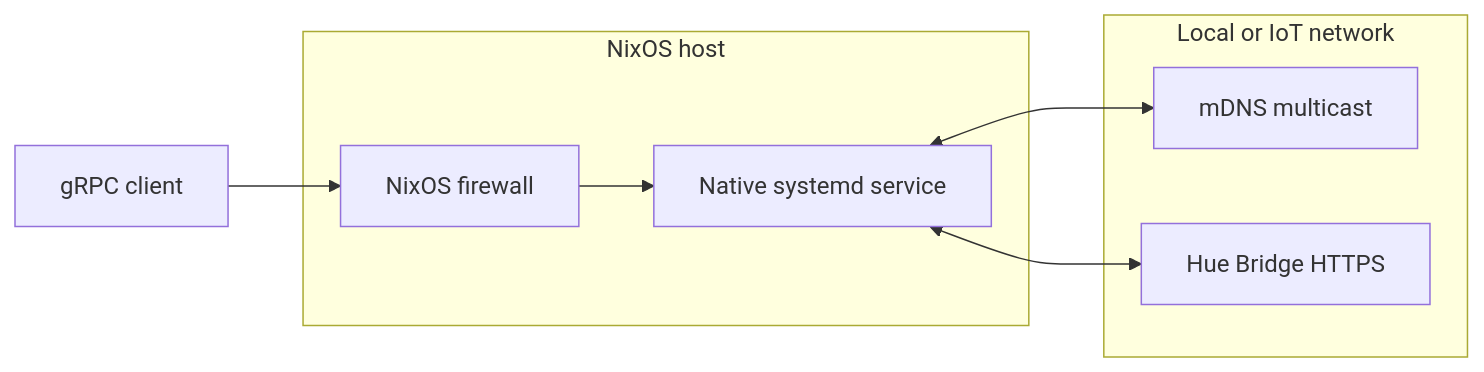
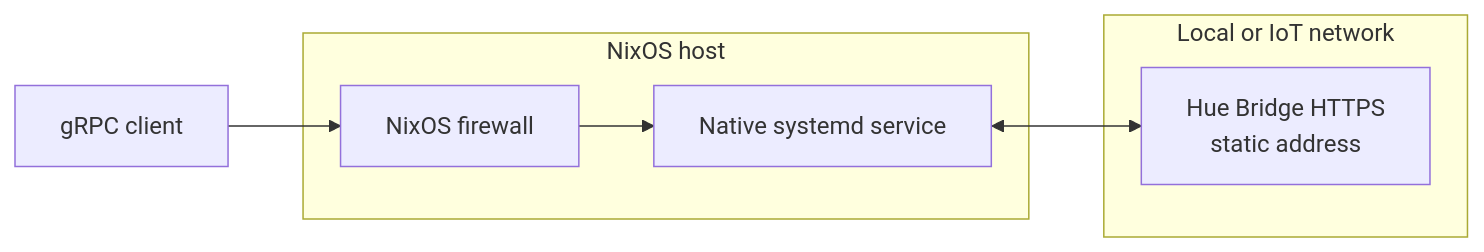
One commit to malamoney/hue changed the seventh of 9 diagrams in philips-hue-grpc-nixos-plan.md. Above: the diagram before and after it, drawn with Mermaid. The commit also changed other lines of this file, not shown here.

````diff
--- a/philips-hue-grpc-nixos-plan.md
+++ b/philips-hue-grpc-nixos-plan.md
@@ -837,16 +698,14 @@
 ```mermaid
 flowchart LR
     subgraph Host[NixOS host]
         GW[Native systemd service]
         FW[NixOS firewall]
     end
 
     subgraph LAN[Local or IoT network]
-        M[mDNS multicast]
-        H[Hue Bridge HTTPS]
+        H[Hue Bridge HTTPS<br/>static address]
     end
 
     CLIENT[gRPC client] --> FW --> GW
-    GW <--> M
     GW <--> H
 ```
````
